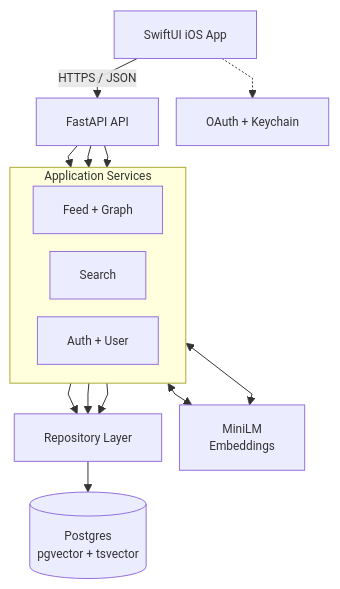
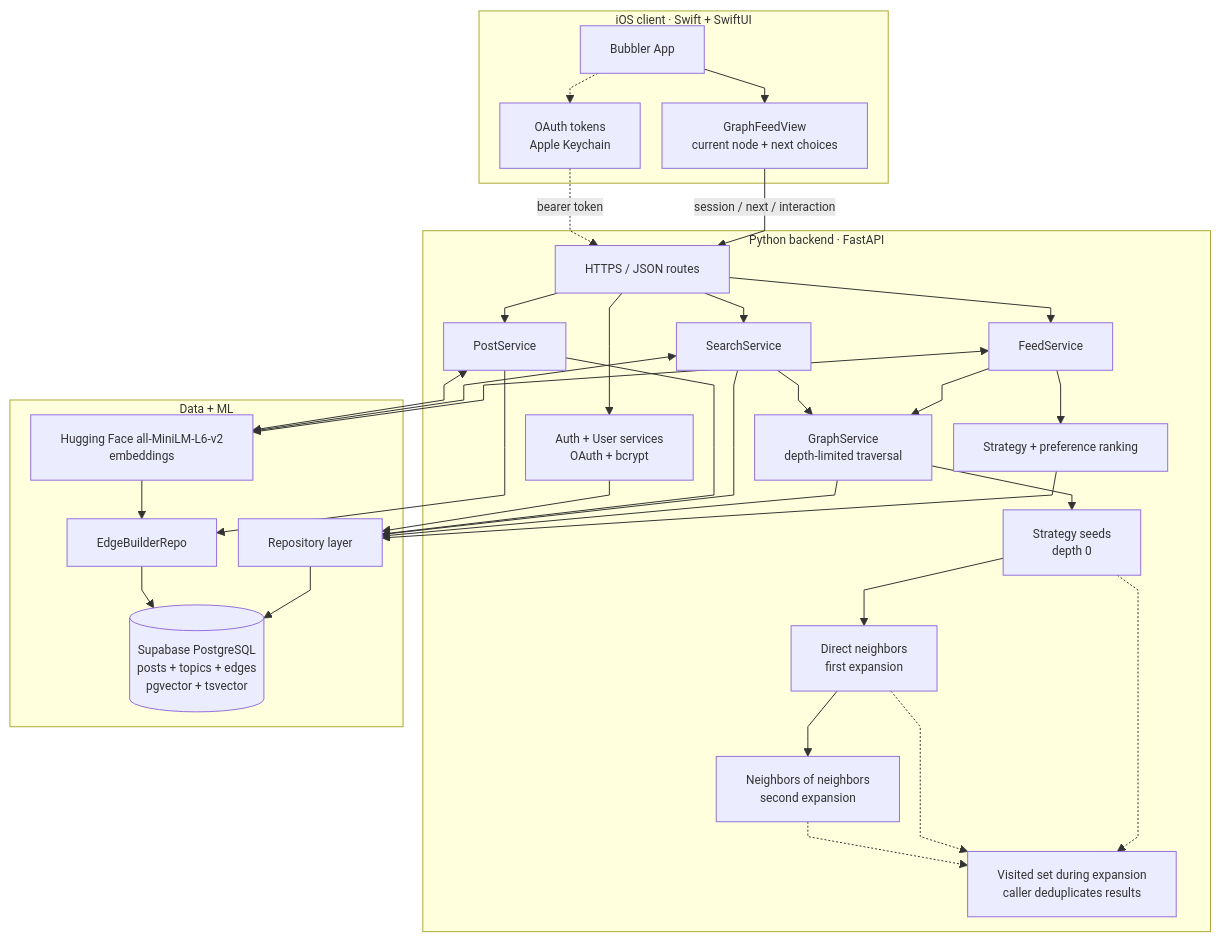
Before and after one commit to RenkoTheBird/Bubbler: the diagram in docs/architecture.md, drawn with Mermaid. The commit also changed other lines of this file and 2 other files, not shown here.

````diff
--- a/docs/architecture.md
+++ b/docs/architecture.md
@@ -3,30 +9,62 @@
 ```mermaid
-%%{init: {"flowchart": {"curve": "linear", "nodeSpacing": 18, "rankSpacing": 22}, "themeVariables": {"fontSize": "12px"}}}%%
+%%{init: {"flowchart": {"curve": "linear", "nodeSpacing": 22, "rankSpacing": 30}, "themeVariables": {"fontSize": "12px"}}}%%
 flowchart TB
-    App["SwiftUI iOS App"]
-    API["FastAPI API"]
-
-    subgraph Core["Application Services"]
-        direction LR
-        Feed["Feed + Graph"]
-        Search["Search"]
-        Account["Auth + User"]
+    subgraph Client["iOS client · Swift + SwiftUI"]
+        App["Bubbler App"]
+        GraphUI["GraphFeedView<br/>current node + next choices"]
+        Keychain["OAuth tokens<br/>Apple Keychain"]
+        App --> GraphUI
+        App -.-> Keychain
     end
 
-    Repos["Repository Layer"]
-    DB[("Postgres<br/>pgvector + tsvector")]
-    ML["MiniLM<br/>Embeddings"]
-    OAuth["OAuth + Keychain"]
+    subgraph Backend["Python backend · FastAPI"]
+        API["HTTPS / JSON routes"]
+        Feed["FeedService"]
+        Search["SearchService"]
+        Posts["PostService"]
+        Account["Auth + User services<br/>OAuth + bcrypt"]
+        Strategy["Strategy + preference ranking"]
+        Traversal["GraphService<br/>depth-limited traversal"]
+        Frontier0["Strategy seeds<br/>depth 0"]
+        Frontier1["Direct neighbors<br/>first expansion"]
+        Frontier2["Neighbors of neighbors<br/>second expansion"]
+        Dedupe["Visited set during expansion<br/>caller deduplicates results"]
 
-    App -->|"HTTPS / JSON"| API
-    App -.-> OAuth
-    API --> Feed
-    API --> Search
-    API --> Account
-    Feed --> Repos
+        API --> Feed
+        API --> Search
+        API --> Posts
+        API --> Account
+        Feed --> Strategy
+        Feed --> Traversal
+        Search --> Traversal
+        Traversal --> Frontier0
+        Frontier0 --> Frontier1
+        Frontier1 --> Frontier2
+        Frontier0 -.-> Dedupe
+        Frontier1 -.-> Dedupe
+        Frontier2 -.-> Dedupe
+    end
+
+    subgraph Data["Data + ML"]
+        Repos["Repository layer"]
+        EdgeBuilder["EdgeBuilderRepo"]
+        DB[("Supabase PostgreSQL<br/>posts + topics + edges<br/>pgvector + tsvector")]
+        ML["Hugging Face all-MiniLM-L6-v2<br/>embeddings"]
+
+        Repos --> DB
+        EdgeBuilder --> DB
+        ML --> EdgeBuilder
+    end
+
+    GraphUI -->|"session / next / interaction"| API
+    Keychain -.->|"bearer token"| API
+    Strategy --> Repos
+    Traversal --> Repos
     Search --> Repos
+    Posts --> Repos
     Account --> Repos
+    Posts --> EdgeBuilder
     Feed <--> ML
     Search <--> ML
-    Repos --> DB
+    Posts <--> ML
 ```
````
